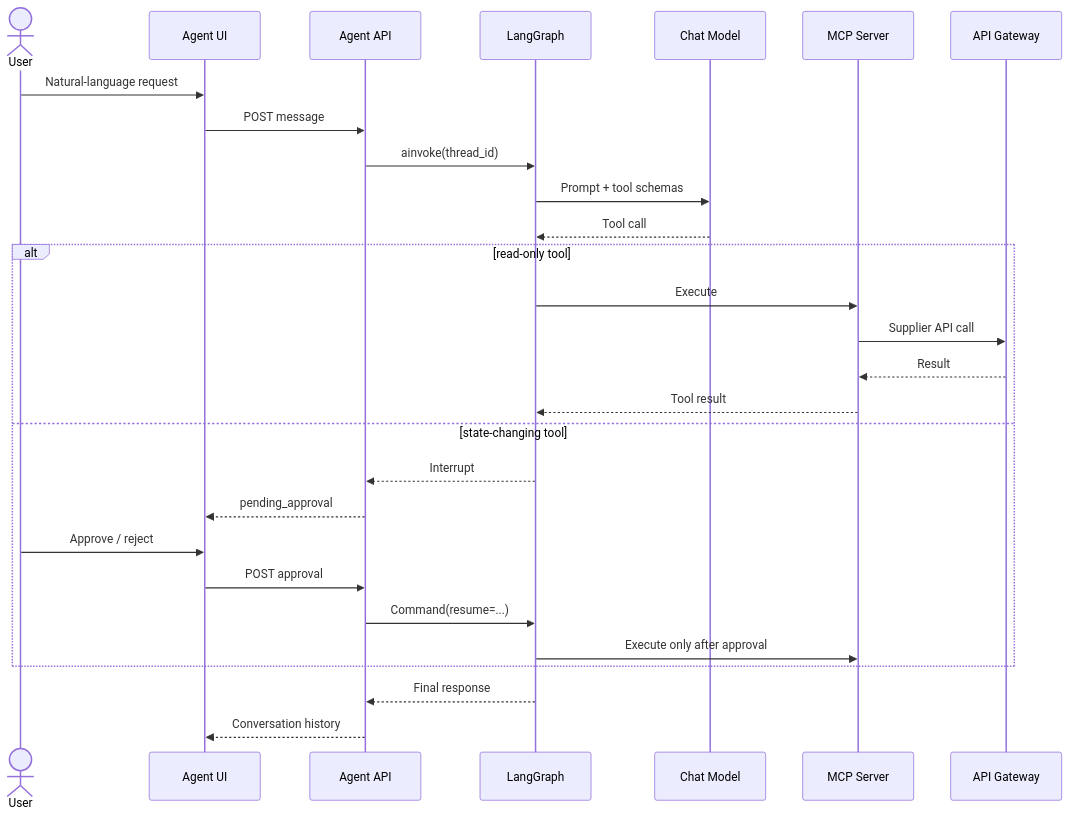
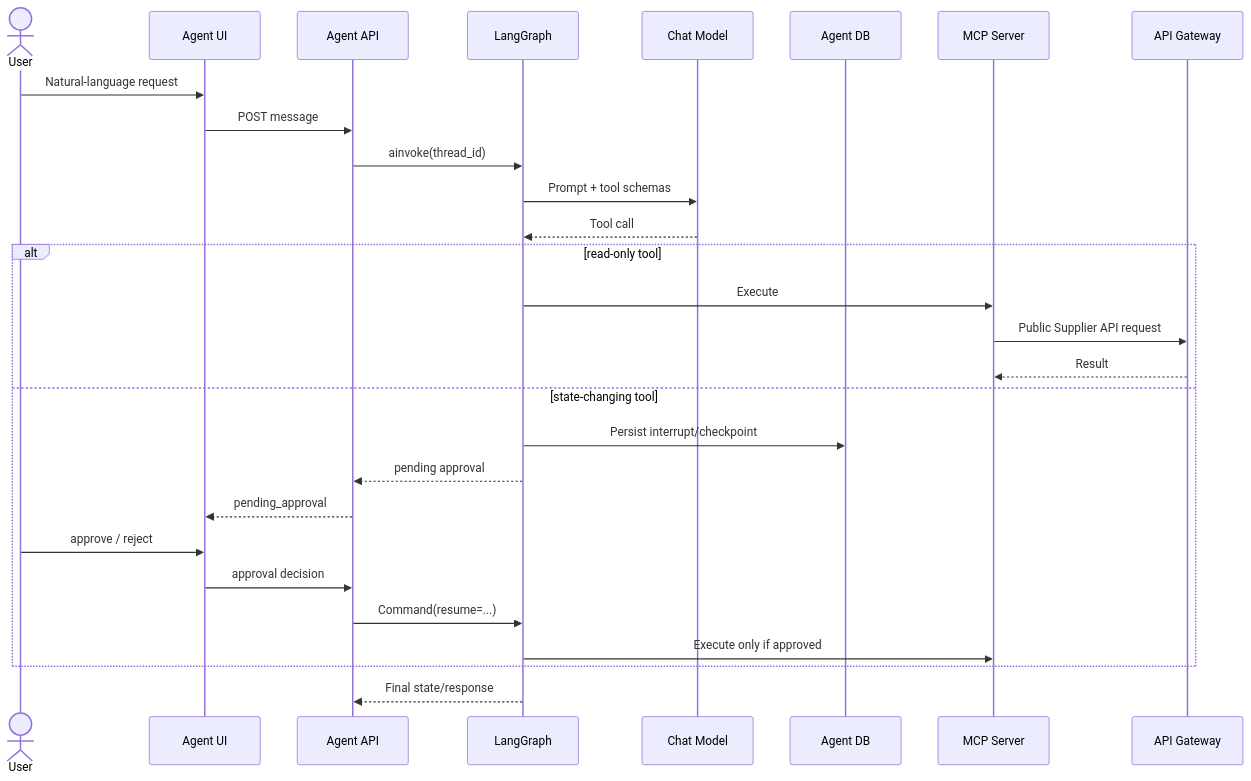
One commit to danillofratta/supplier-master-ai changed the third of 3 diagrams in docs/TECHNICAL_ARCHITECTURE.md. Above: the diagram before and after it, drawn with Mermaid. The commit also changed other lines of this file and 24 other files, not shown here.

````diff
--- a/docs/TECHNICAL_ARCHITECTURE.md
+++ b/docs/TECHNICAL_ARCHITECTURE.md
@@ -84,33 +195,33 @@
 ```mermaid
 sequenceDiagram
     actor User
     participant UI as Agent UI
     participant AA as Agent API
     participant LG as LangGraph
     participant LLM as Chat Model
+    participant DB as Agent DB
     participant MCP as MCP Server
     participant GW as API Gateway
 
     User->>UI: Natural-language request
     UI->>AA: POST message
     AA->>LG: ainvoke(thread_id)
     LG->>LLM: Prompt + tool schemas
     LLM-->>LG: Tool call
 
     alt read-only tool
         LG->>MCP: Execute
-        MCP->>GW: Supplier API call
+        MCP->>GW: Public Supplier API request
         GW-->>MCP: Result
-        MCP-->>LG: Tool result
     else state-changing tool
-        LG-->>AA: Interrupt
+        LG->>DB: Persist interrupt/checkpoint
+        LG-->>AA: pending approval
         AA-->>UI: pending_approval
-        User->>UI: Approve / reject
-        UI->>AA: POST approval
+        User->>UI: approve / reject
+        UI->>AA: approval decision
         AA->>LG: Command(resume=...)
-        LG->>MCP: Execute only after approval
+        LG->>MCP: Execute only if approved
     end
 
-    LG-->>AA: Final response
-    AA-->>UI: Conversation history
+    LG-->>AA: Final state/response
 ```
````
